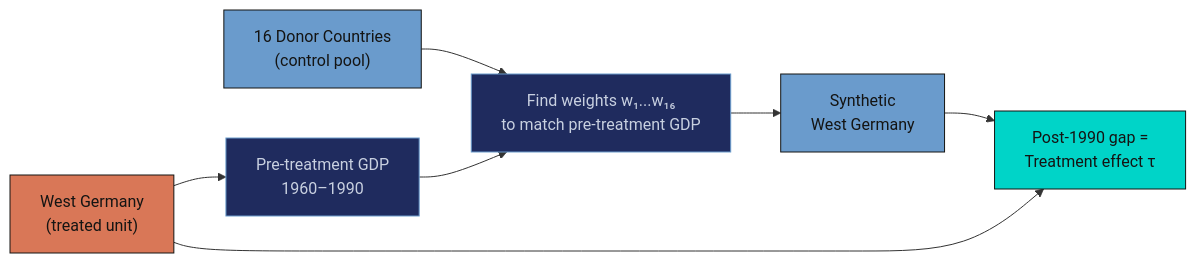
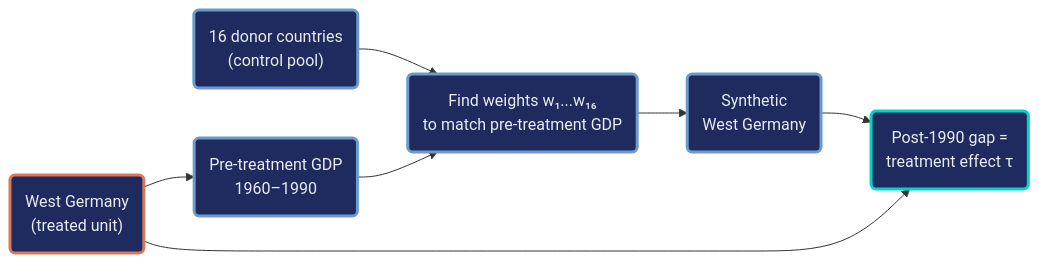
One commit to cmg777/starter-academic-v501 changed the diagram in content/post/python_scpi/index.md. Above: the diagram before and after it, drawn with Mermaid. The commit also changed 9 other files, not shown here.

First line of the commit message:
content(mermaid): restyle flowcharts in Python posts, batch 2 of 2

````diff
--- a/content/post/python_scpi/index.md
+++ b/content/post/python_scpi/index.md
@@ -249,16 +249,15 @@
 ```mermaid
 flowchart LR
-    A["West Germany<br/>(treated unit)"] --> B["Pre-treatment GDP<br/>1960–1990"]
-    C["16 Donor Countries<br/>(control pool)"] --> D["Find weights w₁...w₁₆<br/>to match pre-treatment GDP"]
+    A("West Germany<br/>(treated unit)") --> B("Pre-treatment GDP<br/>1960–1990")
+    C("16 donor countries<br/>(control pool)") --> D("Find weights w₁...w₁₆<br/>to match pre-treatment GDP")
     B --> D
-    D --> E["Synthetic<br/>West Germany"]
-    E --> F["Post-1990 gap =<br/>Treatment effect τ"]
+    D --> E("Synthetic<br/>West Germany")
+    E --> F("Post-1990 gap =<br/>treatment effect τ")
     A --> F
-
-    style A fill:#d97757,stroke:#141413,color:#141413
-    style C fill:#6a9bcc,stroke:#141413,color:#141413
-    style E fill:#6a9bcc,stroke:#141413,color:#141413
-    style F fill:#00d4c8,stroke:#141413,color:#141413
-    style B fill:#1f2b5e,stroke:#6a9bcc,color:#c8d0e0
-    style D fill:#1f2b5e,stroke:#6a9bcc,color:#c8d0e0
+    classDef orange fill:#1f2b5e,stroke:#d97757,stroke-width:3px,color:#e8ecf2
+    classDef blue fill:#1f2b5e,stroke:#6a9bcc,stroke-width:3px,color:#e8ecf2
+    classDef teal fill:#1f2b5e,stroke:#00d4c8,stroke-width:3px,color:#e8ecf2
+    class A orange
+    class B,C,D,E blue
+    class F teal
 ```
````
